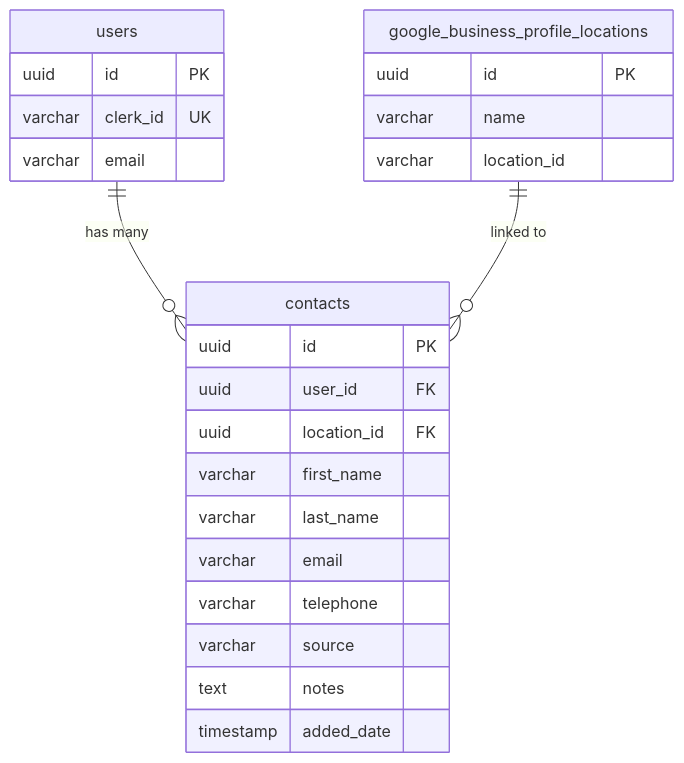
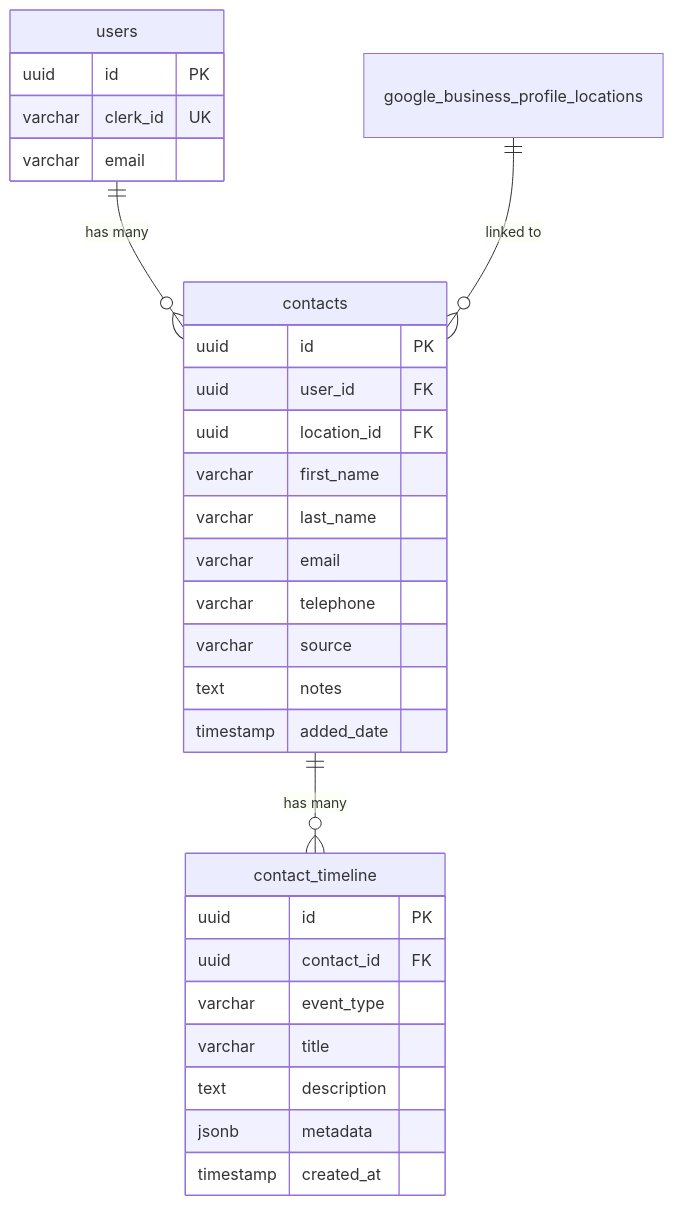
The diagram in docs/contact-manager-db-design.md (HashenUdara/gbp-frontend), drawn with Mermaid before and after one commit. The commit also changed other lines of this file, not shown here.

````diff
--- a/docs/contact-manager-db-design.md
+++ b/docs/contact-manager-db-design.md
@@ -9,30 +9,35 @@
 ```mermaid
 erDiagram
     users ||--o{ contacts : "has many"
+    contacts ||--o{ contact_timeline : "has many"
     google_business_profile_locations ||--o{ contacts : "linked to"
 
     users {
         uuid id PK
         varchar clerk_id UK
         varchar email
     }
 
     contacts {
         uuid id PK
         uuid user_id FK
         uuid location_id FK
         varchar first_name
         varchar last_name
         varchar email
         varchar telephone
         varchar source
         text notes
         timestamp added_date
     }
 
-    google_business_profile_locations {
+    contact_timeline {
         uuid id PK
-        varchar name
-        varchar location_id
+        uuid contact_id FK
+        varchar event_type
+        varchar title
+        text description
+        jsonb metadata
+        timestamp created_at
     }
 ```
````
